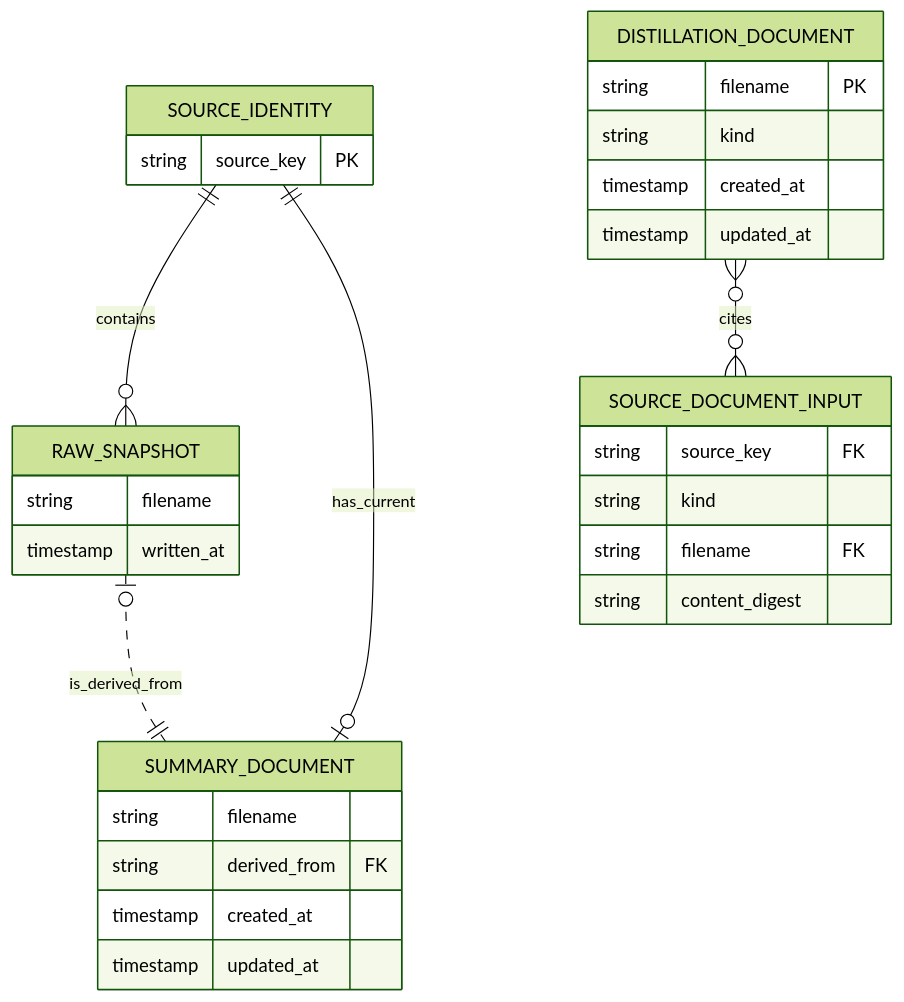
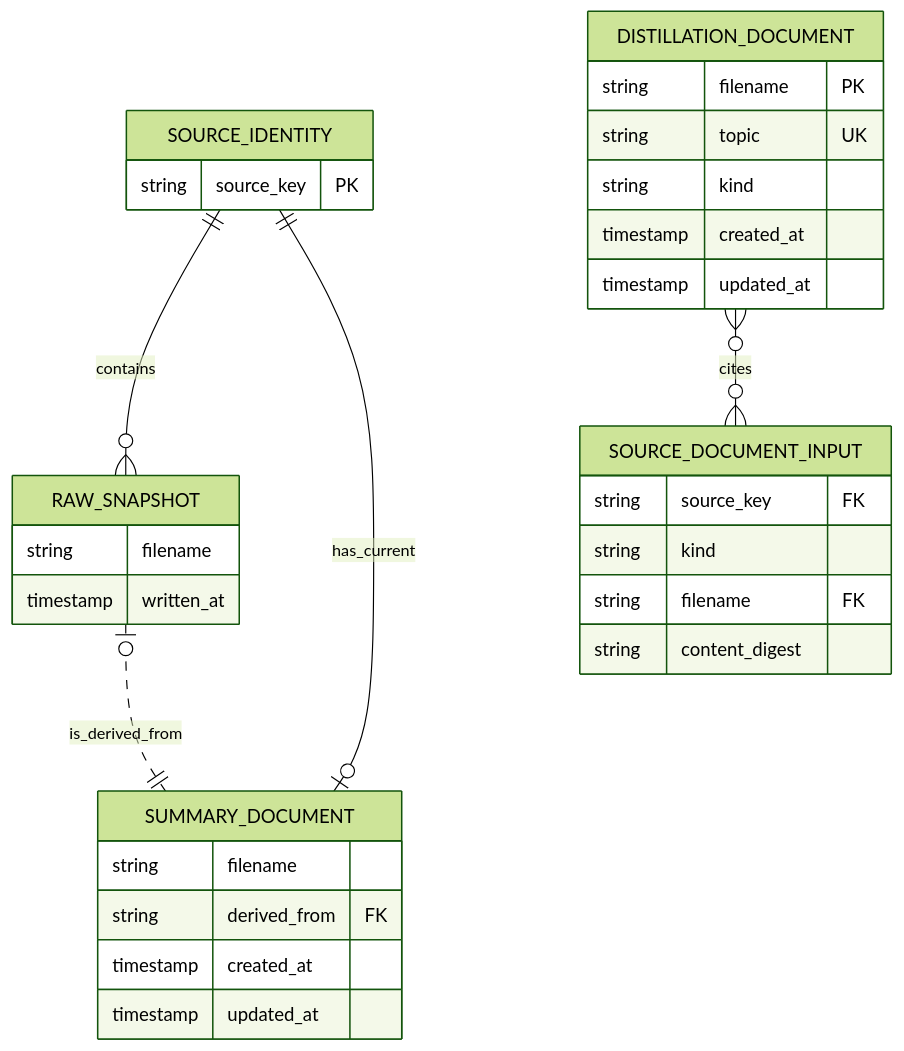
One commit to skillicinski/bo changed the diagram in docs/ontology.md. Above: the diagram before and after it, drawn with Mermaid (forest theme). The commit also changed other lines of this file and 27 other files, not shown here.

````diff
--- a/docs/ontology.md
+++ b/docs/ontology.md
@@ -6,33 +6,34 @@
 ```mermaid
 erDiagram
     SOURCE_IDENTITY ||--o{ RAW_SNAPSHOT : contains
     SOURCE_IDENTITY ||--o| SUMMARY_DOCUMENT : has_current
     RAW_SNAPSHOT |o..|| SUMMARY_DOCUMENT : is_derived_from
 
     SOURCE_IDENTITY {
         string source_key PK
     }
     RAW_SNAPSHOT {
         string filename
         timestamp written_at
     }
     SUMMARY_DOCUMENT {
         string filename
         string derived_from FK
         timestamp created_at
         timestamp updated_at
     }
     DISTILLATION_DOCUMENT {
         string filename PK
+        string topic UK
         string kind
         timestamp created_at
         timestamp updated_at
     }
     SOURCE_DOCUMENT_INPUT {
         string source_key FK
         string kind
         string filename FK
         string content_digest
     }
     DISTILLATION_DOCUMENT }o--o{ SOURCE_DOCUMENT_INPUT : cites
 ```
````
